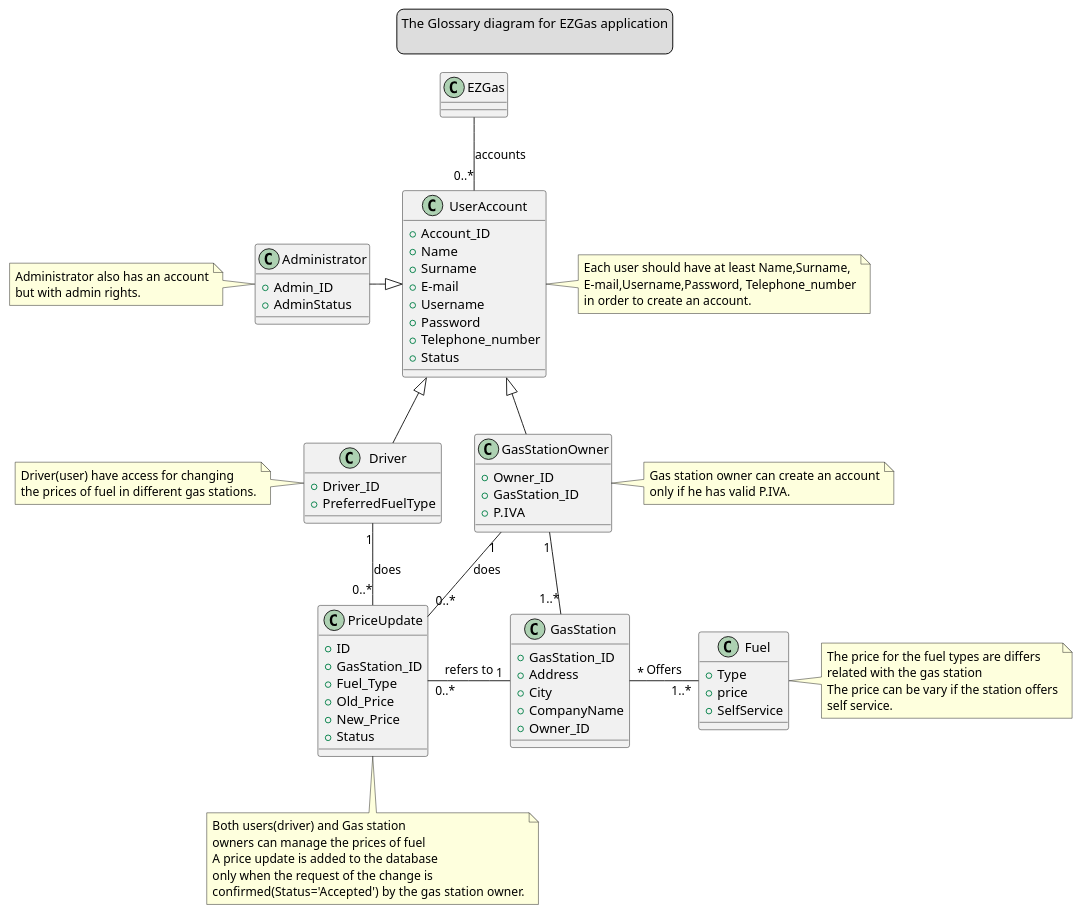
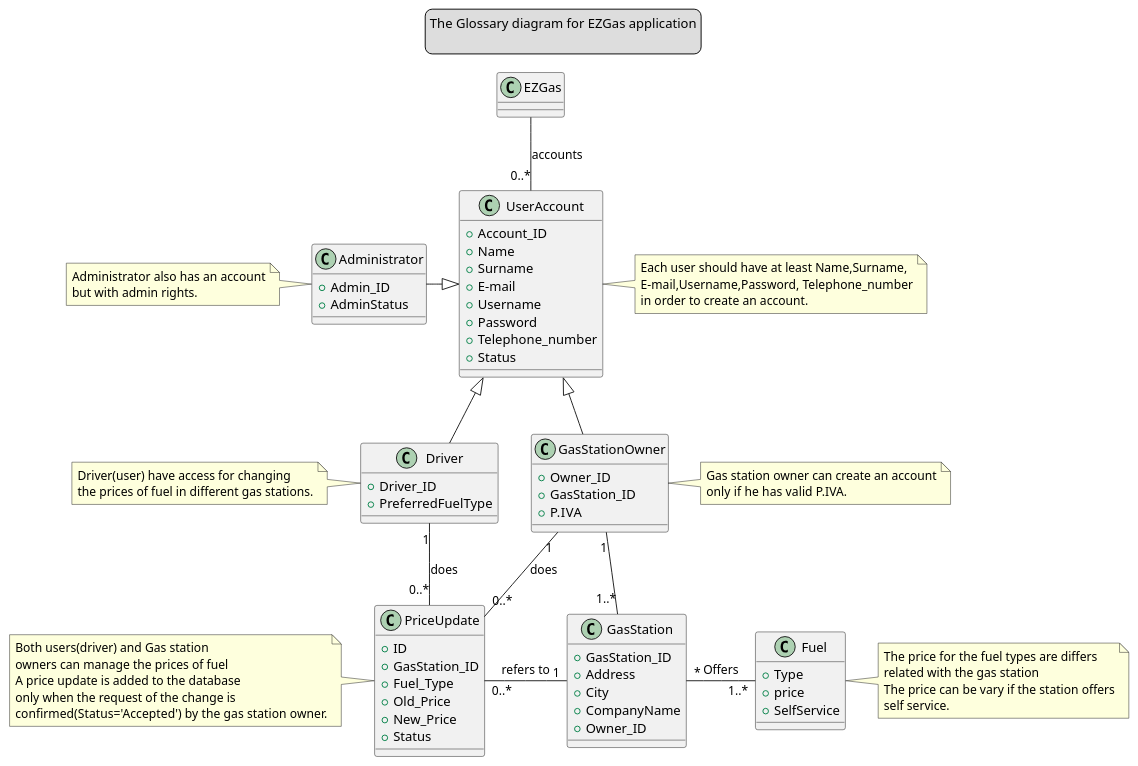
Before and after one commit to HeydarliAtabay/EZgas: the third of 4 diagrams in docs/RequirementsDocument.md, drawn with PlantUML.

Commit message:
Changes in Glossary Diagram :)

```diff
--- a/docs/RequirementsDocument.md
+++ b/docs/RequirementsDocument.md
@@ -362,7 +362,7 @@
 
 endlegend
 
-note bottom of PriceUpdate
+note left of PriceUpdate
 Both users(driver) and Gas station
 owners can manage the prices of fuel
 A price update is added to the database
```
